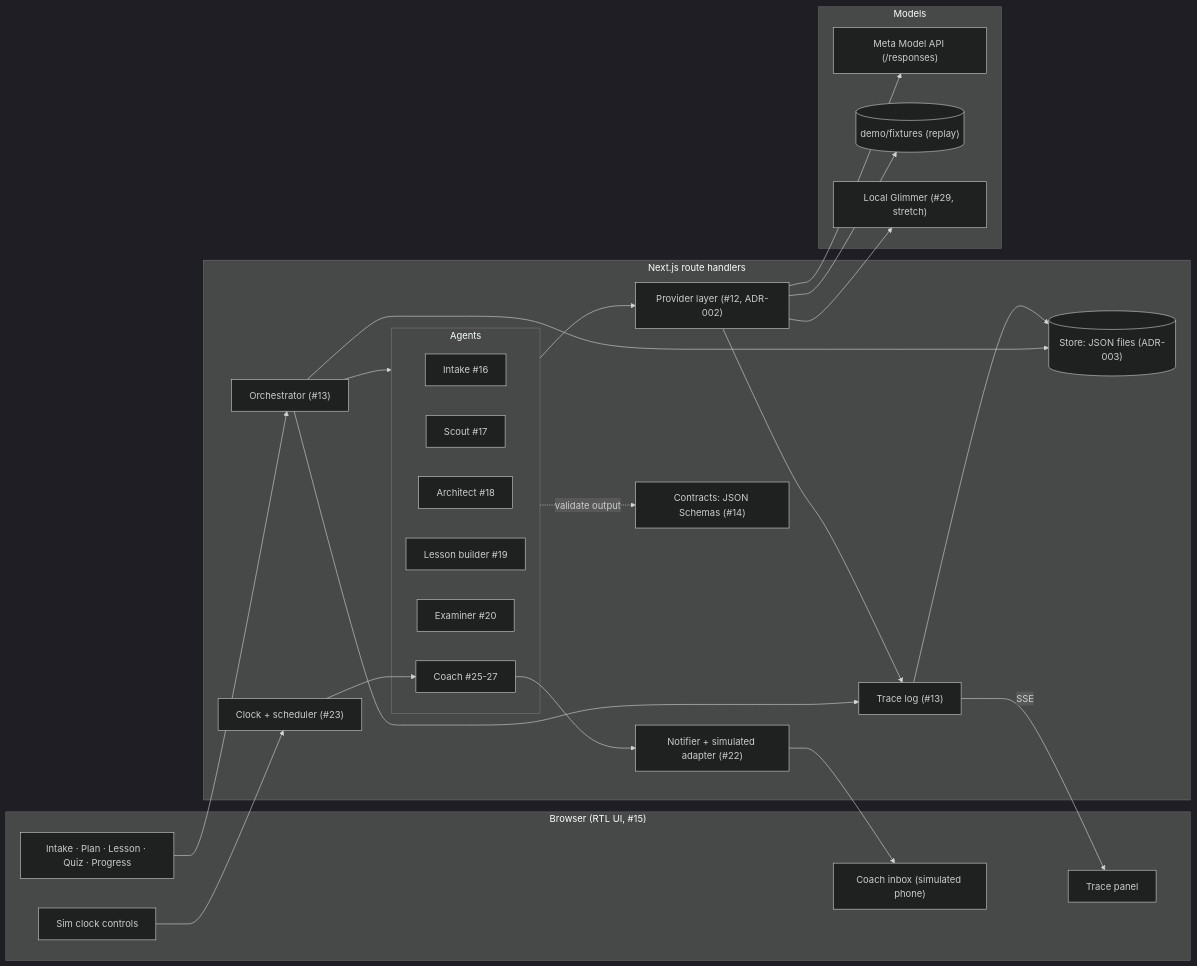
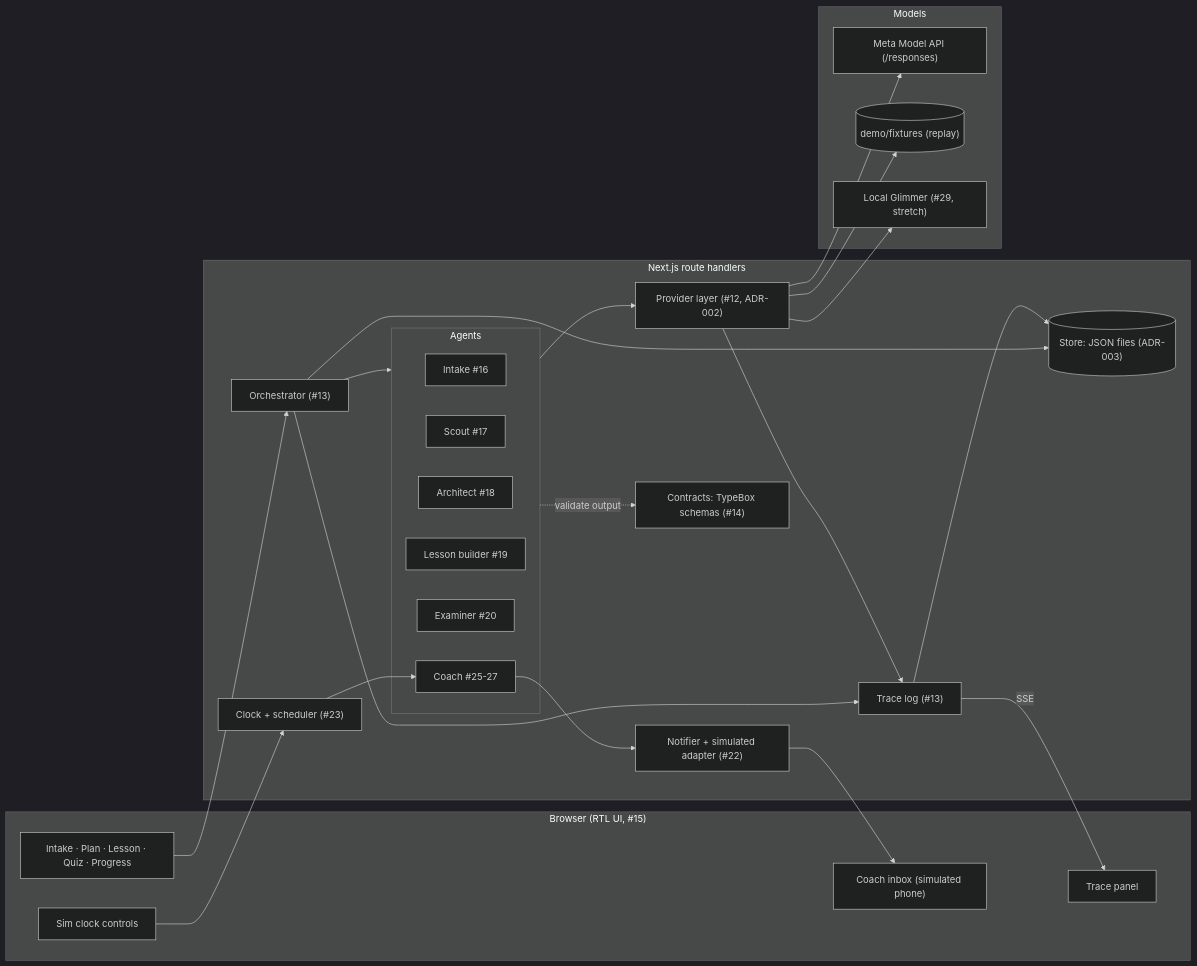
One commit to amElnagdy/curaloom-hackathon changed the diagram in docs/architecture.md. Above: the diagram before and after it, drawn with Mermaid (dark theme). The commit also changed other lines of this file and 16 other files, not shown here.

````diff
--- a/docs/architecture.md
+++ b/docs/architecture.md
@@ -5,50 +5,50 @@
 ```mermaid
 flowchart LR
   subgraph Browser["Browser (RTL UI, #15)"]
     Pages["Intake · Plan · Lesson · Quiz · Progress"]
     Inbox["Coach inbox (simulated phone)"]
     TracePanel["Trace panel"]
     DemoBar["Sim clock controls"]
   end
 
   subgraph Server["Next.js route handlers"]
     Orch["Orchestrator (#13)"]
     subgraph Agents["Agents"]
       Intake["Intake #16"]
       Scout["Scout #17"]
       Architect["Architect #18"]
       LessonB["Lesson builder #19"]
       Examiner["Examiner #20"]
       Coach["Coach #25-27"]
     end
     Provider["Provider layer (#12, ADR-002)"]
     Store[("Store: JSON files (ADR-003)")]
     Trace["Trace log (#13)"]
     Notifier["Notifier + simulated adapter (#22)"]
     Clock["Clock + scheduler (#23)"]
-    Contracts["Contracts: JSON Schemas (#14)"]
+    Contracts["Contracts: TypeBox schemas (#14)"]
   end
 
   subgraph Models["Models"]
     Meta["Meta Model API (/responses)"]
     Fixtures[("demo/fixtures (replay)")]
     Glimmer["Local Glimmer (#29, stretch)"]
   end
 
   Pages --> Orch
   DemoBar --> Clock
   Orch --> Agents
   Agents --> Provider
   Agents -. validate output .-> Contracts
   Provider --> Meta
   Provider --> Fixtures
   Provider --> Glimmer
   Orch --> Store
   Orch --> Trace
   Provider --> Trace
   Trace --> Store
   Trace -- SSE --> TracePanel
   Clock --> Coach
   Coach --> Notifier
   Notifier --> Inbox
 ```
````
